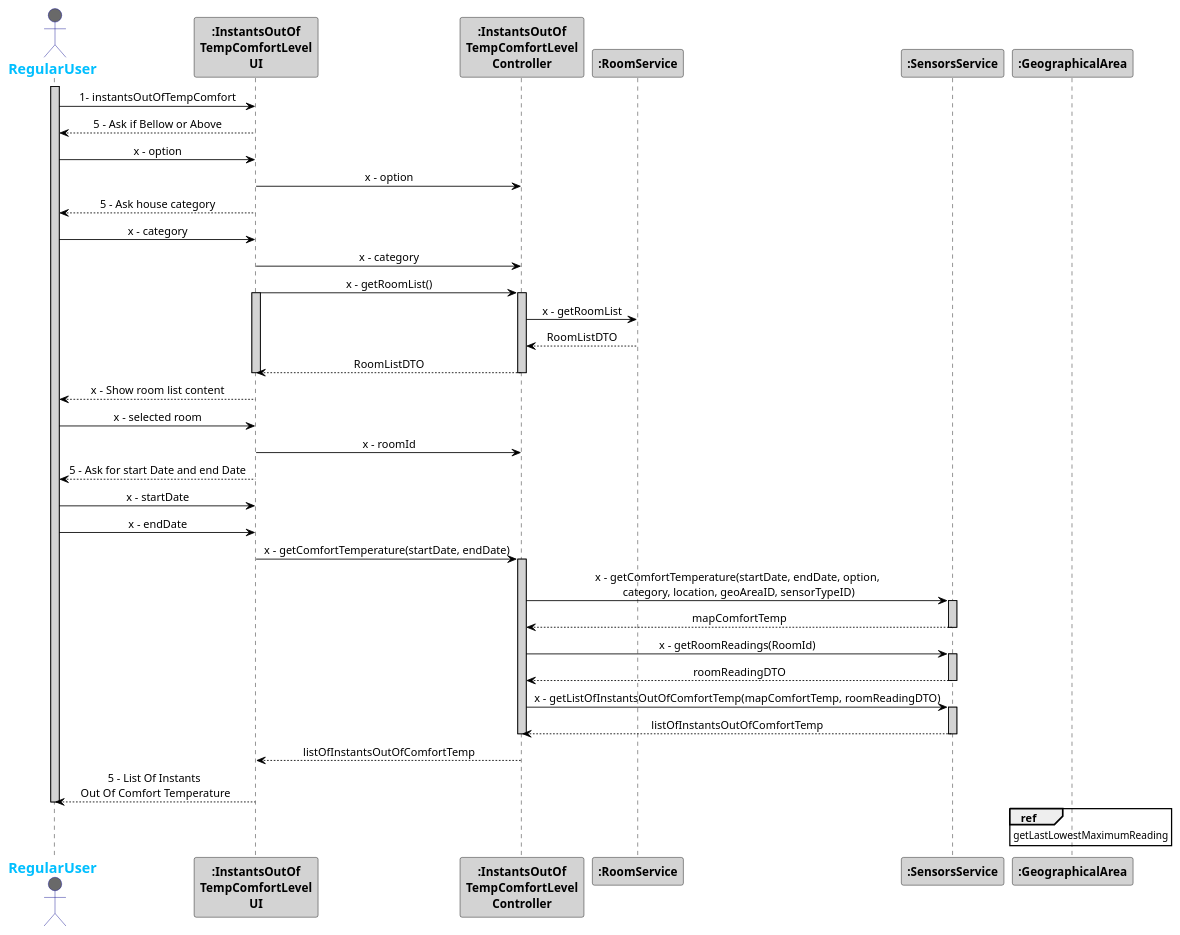
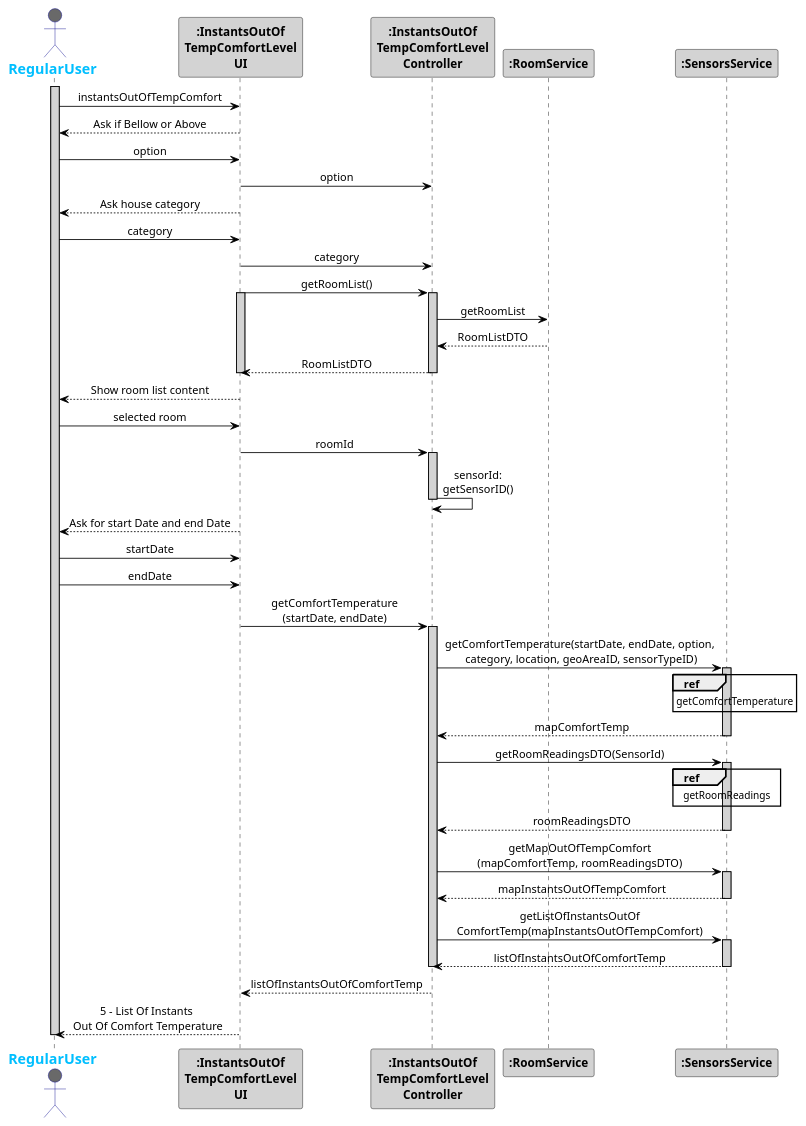
One commit to 1181687/hateoasToy changed the diagram in src/main/java/pt/ipp/isep/dei/project/controllers/instantstempoutofcomfortlevelcontroller/SD_InstantsTempOutOfComfortLevel.puml. Above: the diagram before and after it, drawn with PlantUML.

Commit message:
Addresses #223

```diff
--- a/src/main/java/pt/ipp/isep/dei/project/controllers/instantstempoutofcomfortlevelcontroller/SD_InstantsTempOutOfComfortLevel.puml
+++ b/src/main/java/pt/ipp/isep/dei/project/controllers/instantstempoutofcomfortlevelcontroller/SD_InstantsTempOutOfComfortLevel.puml
@@ -1,76 +1,78 @@
 @startuml
 skinparam sequenceMessageAlign center
 skinparam sequence {
     ArrowColor Black
     ActorBorderColor DarkBlue
     LifeLineBorderColor black
     LifeLineBackgroundColor LightGrey
 
     ParticipantBorderColor Black
     ParticipantBackgroundColor LightGrey
     ParticipantFontStyle Bold
 
     ActorBackgroundColor DimGrey
     ActorFontColor DeepSkyBlue
     ActorFontStyle Bold
     ActorFontSize 17
     ActorFontName Aapex
 }
 
 
 actor RegularUser
 activate RegularUser
-RegularUser -> ":InstantsOutOf\nTempComfortLevel\nUI": 1- instantsOutOfTempComfort
-":InstantsOutOf\nTempComfortLevel\nUI" --> RegularUser: 5 - Ask if Bellow or Above
-RegularUser -> ":InstantsOutOf\nTempComfortLevel\nUI": x - option
-":InstantsOutOf\nTempComfortLevel\nUI" -> ":InstantsOutOf\nTempComfortLevel\nController" : x - option
-":InstantsOutOf\nTempComfortLevel\nUI" --> RegularUser: 5 - Ask house category
-RegularUser -> ":InstantsOutOf\nTempComfortLevel\nUI": x - category
-":InstantsOutOf\nTempComfortLevel\nUI" -> ":InstantsOutOf\nTempComfortLevel\nController" : x - category
-":InstantsOutOf\nTempComfortLevel\nUI" -> ":InstantsOutOf\nTempComfortLevel\nController" : x - getRoomList()
+RegularUser -> ":InstantsOutOf\nTempComfortLevel\nUI": instantsOutOfTempComfort
+":InstantsOutOf\nTempComfortLevel\nUI" --> RegularUser: Ask if Bellow or Above
+RegularUser -> ":InstantsOutOf\nTempComfortLevel\nUI": option
+":InstantsOutOf\nTempComfortLevel\nUI" -> ":InstantsOutOf\nTempComfortLevel\nController" : option
+":InstantsOutOf\nTempComfortLevel\nUI" --> RegularUser: Ask house category
+RegularUser -> ":InstantsOutOf\nTempComfortLevel\nUI": category
+":InstantsOutOf\nTempComfortLevel\nUI" -> ":InstantsOutOf\nTempComfortLevel\nController" : category
+":InstantsOutOf\nTempComfortLevel\nUI" -> ":InstantsOutOf\nTempComfortLevel\nController" : getRoomList()
 activate ":InstantsOutOf\nTempComfortLevel\nUI"
 activate ":InstantsOutOf\nTempComfortLevel\nController"
-":InstantsOutOf\nTempComfortLevel\nController" -> ":RoomService": x - getRoomList
+":InstantsOutOf\nTempComfortLevel\nController" -> ":RoomService": getRoomList
 ":RoomService" --> ":InstantsOutOf\nTempComfortLevel\nController": RoomListDTO
 ":InstantsOutOf\nTempComfortLevel\nController" --> ":InstantsOutOf\nTempComfortLevel\nUI" : RoomListDTO
 deactivate ":InstantsOutOf\nTempComfortLevel\nController"
 deactivate ":InstantsOutOf\nTempComfortLevel\nUI"
-":InstantsOutOf\nTempComfortLevel\nUI" --> RegularUser: x - Show room list content
-RegularUser -> ":InstantsOutOf\nTempComfortLevel\nUI": x - selected room
-":InstantsOutOf\nTempComfortLevel\nUI" -> ":InstantsOutOf\nTempComfortLevel\nController" : x - roomId
-":InstantsOutOf\nTempComfortLevel\nUI" --> RegularUser: 5 - Ask for start Date and end Date
-RegularUser -> ":InstantsOutOf\nTempComfortLevel\nUI": x - startDate
-RegularUser -> ":InstantsOutOf\nTempComfortLevel\nUI": x - endDate
-":InstantsOutOf\nTempComfortLevel\nUI" -> ":InstantsOutOf\nTempComfortLevel\nController" : x - getComfortTemperature(startDate, endDate)
+":InstantsOutOf\nTempComfortLevel\nUI" --> RegularUser: Show room list content
+RegularUser -> ":InstantsOutOf\nTempComfortLevel\nUI":  selected room
+":InstantsOutOf\nTempComfortLevel\nUI" -> ":InstantsOutOf\nTempComfortLevel\nController" : roomId
 activate ":InstantsOutOf\nTempComfortLevel\nController"
-":InstantsOutOf\nTempComfortLevel\nController" -> ":SensorsService": x - getComfortTemperature(startDate, endDate, option,\n category, location, geoAreaID, sensorTypeID)
+":InstantsOutOf\nTempComfortLevel\nController" -> ":InstantsOutOf\nTempComfortLevel\nController" : sensorId:\ngetSensorID()
+deactivate ":InstantsOutOf\nTempComfortLevel\nController"
+
+":InstantsOutOf\nTempComfortLevel\nUI" --> RegularUser: Ask for start Date and end Date
+RegularUser -> ":InstantsOutOf\nTempComfortLevel\nUI": startDate
+RegularUser -> ":InstantsOutOf\nTempComfortLevel\nUI": endDate
+":InstantsOutOf\nTempComfortLevel\nUI" -> ":InstantsOutOf\nTempComfortLevel\nController" : getComfortTemperature\n(startDate, endDate)
+activate ":InstantsOutOf\nTempComfortLevel\nController"
+":InstantsOutOf\nTempComfortLevel\nController" -> ":SensorsService": getComfortTemperature(startDate, endDate, option,\n category, location, geoAreaID, sensorTypeID)
 activate ":SensorsService"
+ref over ":SensorsService"
+getComfortTemperature
+end
 ":SensorsService" --> ":InstantsOutOf\nTempComfortLevel\nController" : mapComfortTemp
 deactivate ":SensorsService"
-":InstantsOutOf\nTempComfortLevel\nController" -> ":SensorsService": x - getRoomReadings(RoomId)
+":InstantsOutOf\nTempComfortLevel\nController" -> ":SensorsService": getRoomReadingsDTO(SensorId)
 activate ":SensorsService"
-":SensorsService" --> ":InstantsOutOf\nTempComfortLevel\nController" : roomReadingDTO
+ref over ":SensorsService"
+getRoomReadings
+end
+":SensorsService" --> ":InstantsOutOf\nTempComfortLevel\nController" : roomReadingsDTO
 deactivate ":SensorsService"
-":InstantsOutOf\nTempComfortLevel\nController" -> ":SensorsService": x - getListOfInstantsOutOfComfortTemp(mapComfortTemp, roomReadingDTO)
+":InstantsOutOf\nTempComfortLevel\nController" -> ":SensorsService": getMapOutOfTempComfort\n(mapComfortTemp, roomReadingsDTO)
+activate ":SensorsService"
+":SensorsService" --> ":InstantsOutOf\nTempComfortLevel\nController" : mapInstantsOutOfTempComfort
+deactivate ":SensorsService"
+":InstantsOutOf\nTempComfortLevel\nController" -> ":SensorsService": getListOfInstantsOutOf\nComfortTemp(mapInstantsOutOfTempComfort)
 activate ":SensorsService"
 ":SensorsService" --> ":InstantsOutOf\nTempComfortLevel\nController" : listOfInstantsOutOfComfortTemp
 deactivate ":SensorsService"
 deactivate ":InstantsOutOf\nTempComfortLevel\nController"
 ":InstantsOutOf\nTempComfortLevel\nController" --> ":InstantsOutOf\nTempComfortLevel\nUI" : listOfInstantsOutOfComfortTemp
 ":InstantsOutOf\nTempComfortLevel\nUI" --> RegularUser: 5 - List Of Instants \nOut Of Comfort Temperature
 deactivate RegularUser
 
 
-
-
-
-
-
-
-
-
-ref over ":GeographicalArea"
-getLastLowestMaximumReading
-end
-
 @enduml
```
